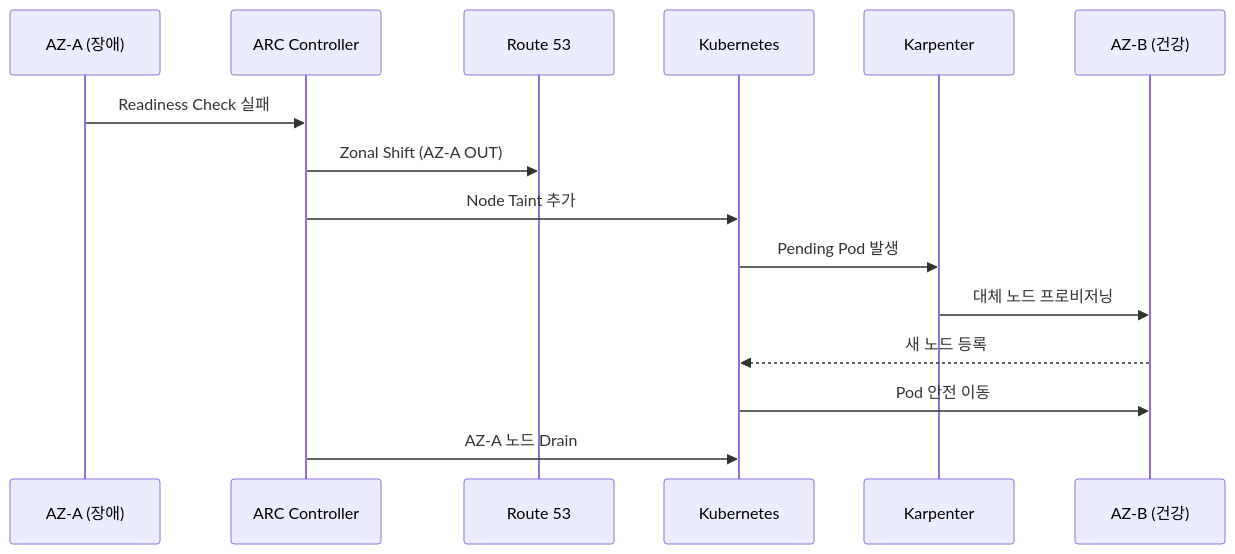
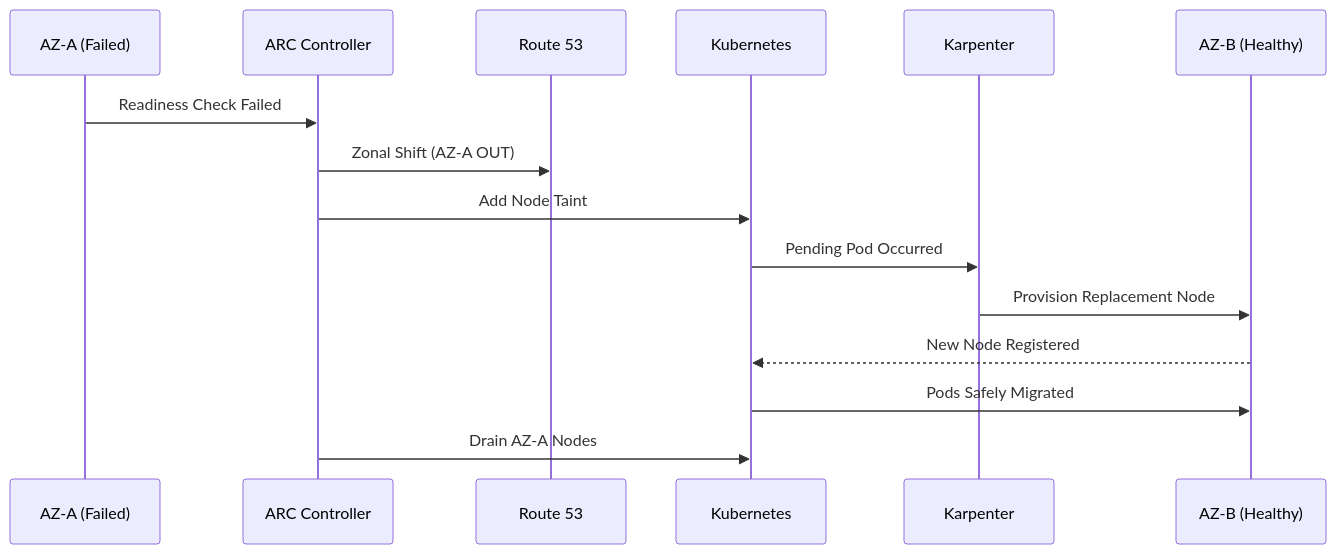
The second of 3 diagrams in docs/aidlc/operations/predictive-operations.md (devfloor9/engineering-playbook), drawn with Mermaid before and after one commit. The commit also changed other lines of this file and 954 other files, not shown here.

````diff
--- a/docs/aidlc/operations/predictive-operations.md
+++ b/docs/aidlc/operations/predictive-operations.md
@@ -211,18 +211,18 @@
 ```mermaid
 sequenceDiagram
-    participant AZ_A as AZ-A (장애)
+    participant AZ_A as AZ-A (Failed)
     participant ARC as ARC Controller
     participant R53 as Route 53
     participant K8s as Kubernetes
     participant Karp as Karpenter
-    participant AZ_B as AZ-B (건강)
+    participant AZ_B as AZ-B (Healthy)
 
-    AZ_A->>ARC: Readiness Check 실패
+    AZ_A->>ARC: Readiness Check Failed
     ARC->>R53: Zonal Shift (AZ-A OUT)
-    ARC->>K8s: Node Taint 추가
-    K8s->>Karp: Pending Pod 발생
-    Karp->>AZ_B: 대체 노드 프로비저닝
-    AZ_B-->>K8s: 새 노드 등록
-    K8s->>AZ_B: Pod 안전 이동
-    ARC->>K8s: AZ-A 노드 Drain
+    ARC->>K8s: Add Node Taint
+    K8s->>Karp: Pending Pod Occurred
+    Karp->>AZ_B: Provision Replacement Node
+    AZ_B-->>K8s: New Node Registered
+    K8s->>AZ_B: Pods Safely Migrated
+    ARC->>K8s: Drain AZ-A Nodes
 ```
````
